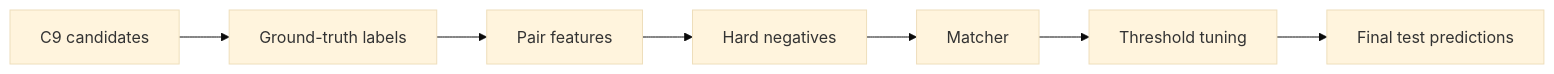
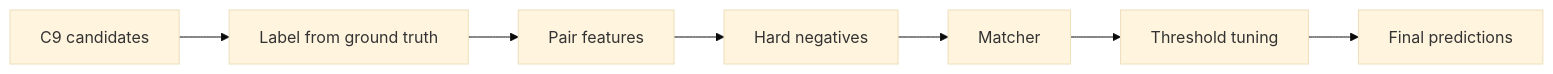
The fifth of 6 diagrams in README.md (DharmiSapariya/Amazom_ML_Challenge_2026), drawn with Mermaid (base theme) before and after one commit. The commit also changed other lines of this file, not shown here.

````diff
--- a/README.md
+++ b/README.md
@@ -326,9 +306,9 @@
 ```mermaid
 flowchart LR
-    A[C9 candidates] --> B[Ground-truth labels]
-    B --> C[Pair features]
-    C --> D[Hard negatives]
-    D --> E[Matcher]
-    E --> F[Threshold tuning]
-    F --> G[Final test predictions]
+    A["C9 candidates"] --> B["Label from ground truth"]
+    B --> C["Pair features"]
+    C --> D["Hard negatives"]
+    D --> E["Matcher"]
+    E --> F["Threshold tuning"]
+    F --> G["Final predictions"]
 ```
````
